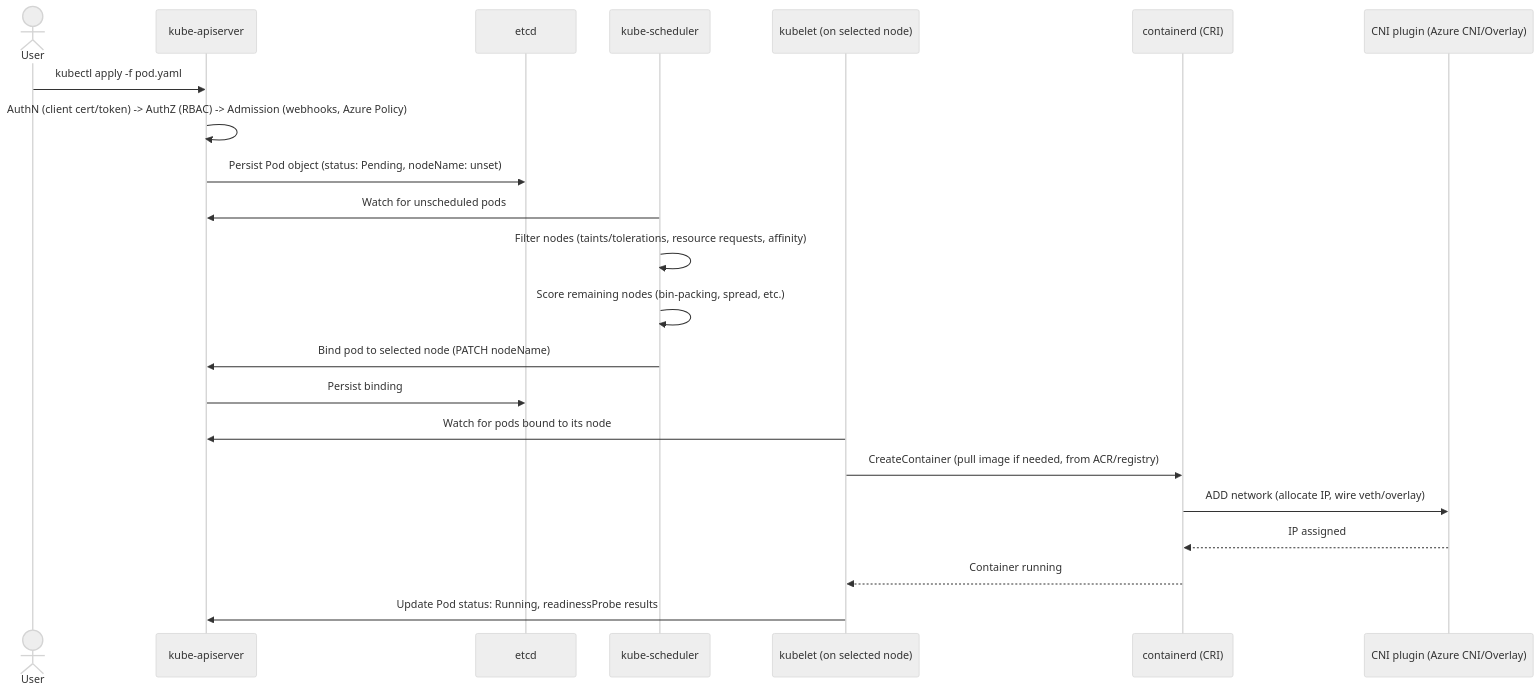
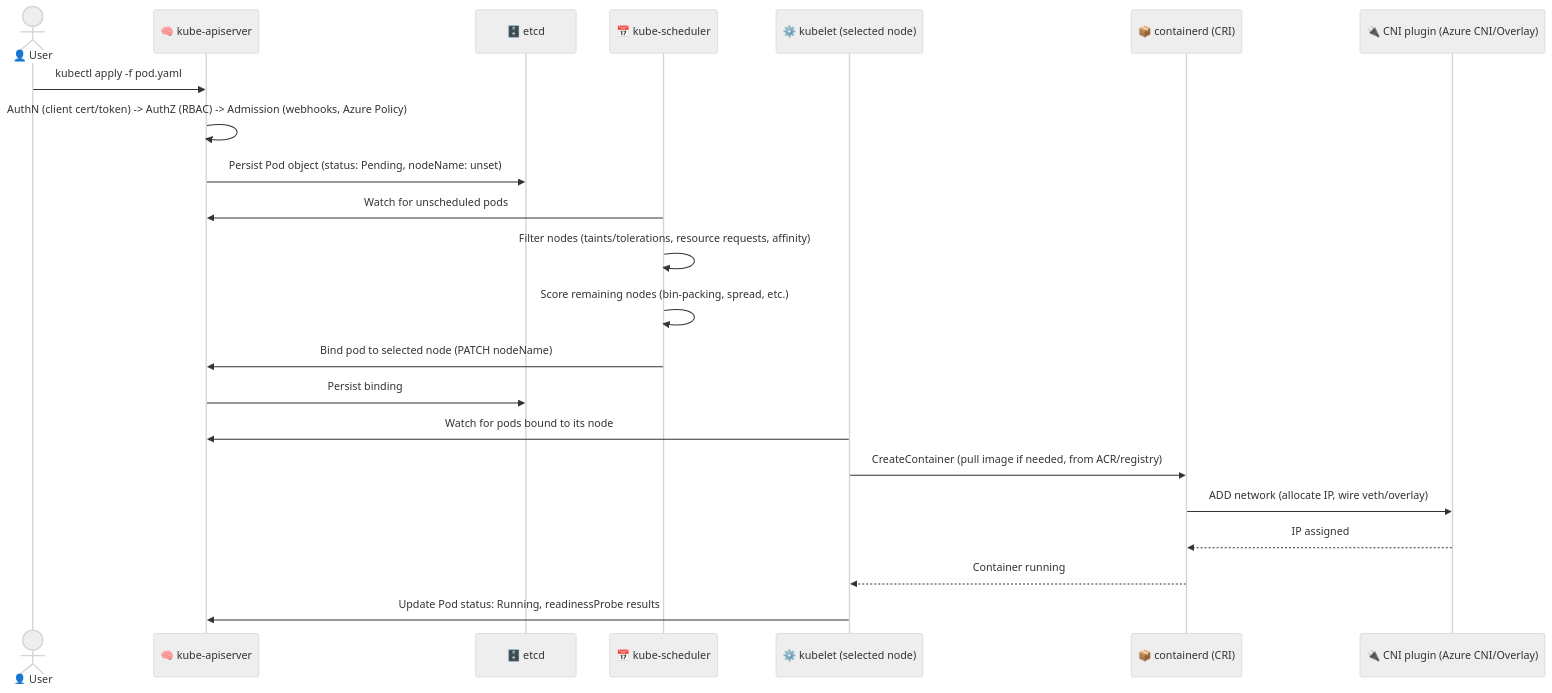
The fifth of 7 diagrams in azure/06-AKS-DEEP-DIVE.md (rakesh-budde/devops-guide), drawn with Mermaid (neutral theme) before and after one commit. The commit also changed other lines of this file and 73 other files, not shown here.

````diff
--- a/azure/06-AKS-DEEP-DIVE.md
+++ b/azure/06-AKS-DEEP-DIVE.md
@@ -48,25 +165,25 @@
 ```mermaid
 sequenceDiagram
-    actor User
-    participant API as kube-apiserver
-    participant ETCD as etcd
-    participant Scheduler as kube-scheduler
-    participant Kubelet as kubelet (on selected node)
-    participant CRI as containerd (CRI)
-    participant CNI as CNI plugin (Azure CNI/Overlay)
+    actor User as 👤 User
+    participant API as 🧠 kube-apiserver
+    participant ETCD as 🗄️ etcd
+    participant Scheduler as 📅 kube-scheduler
+    participant Kubelet as ⚙️ kubelet (selected node)
+    participant CRI as 📦 containerd (CRI)
+    participant CNI as 🔌 CNI plugin (Azure CNI/Overlay)
 
     User->>API: kubectl apply -f pod.yaml
     API->>API: AuthN (client cert/token) -> AuthZ (RBAC) -> Admission (webhooks, Azure Policy)
     API->>ETCD: Persist Pod object (status: Pending, nodeName: unset)
     Scheduler->>API: Watch for unscheduled pods
     Scheduler->>Scheduler: Filter nodes (taints/tolerations, resource requests, affinity)
     Scheduler->>Scheduler: Score remaining nodes (bin-packing, spread, etc.)
     Scheduler->>API: Bind pod to selected node (PATCH nodeName)
     API->>ETCD: Persist binding
     Kubelet->>API: Watch for pods bound to its node
     Kubelet->>CRI: CreateContainer (pull image if needed, from ACR/registry)
     CRI->>CNI: ADD network (allocate IP, wire veth/overlay)
     CNI-->>CRI: IP assigned
     CRI-->>Kubelet: Container running
     Kubelet->>API: Update Pod status: Running, readinessProbe results
 ```
````
